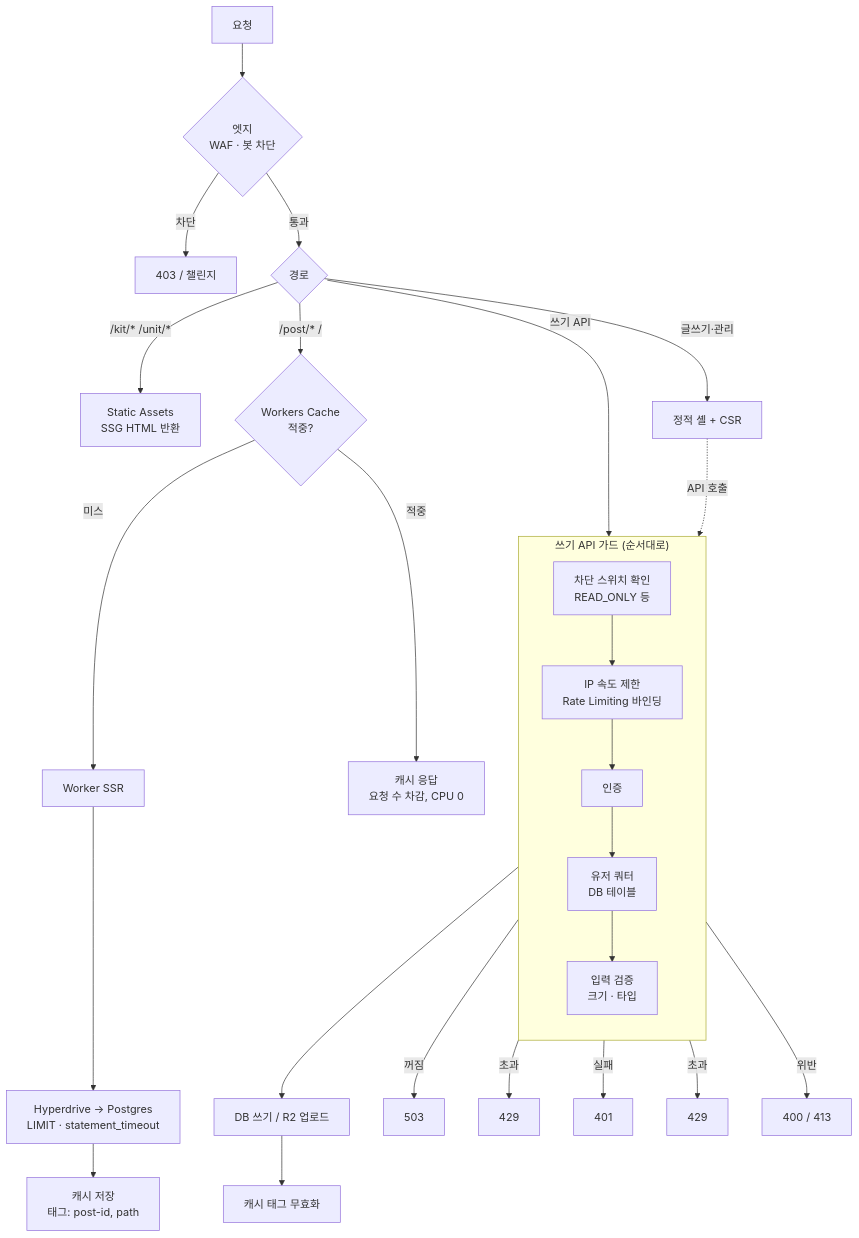
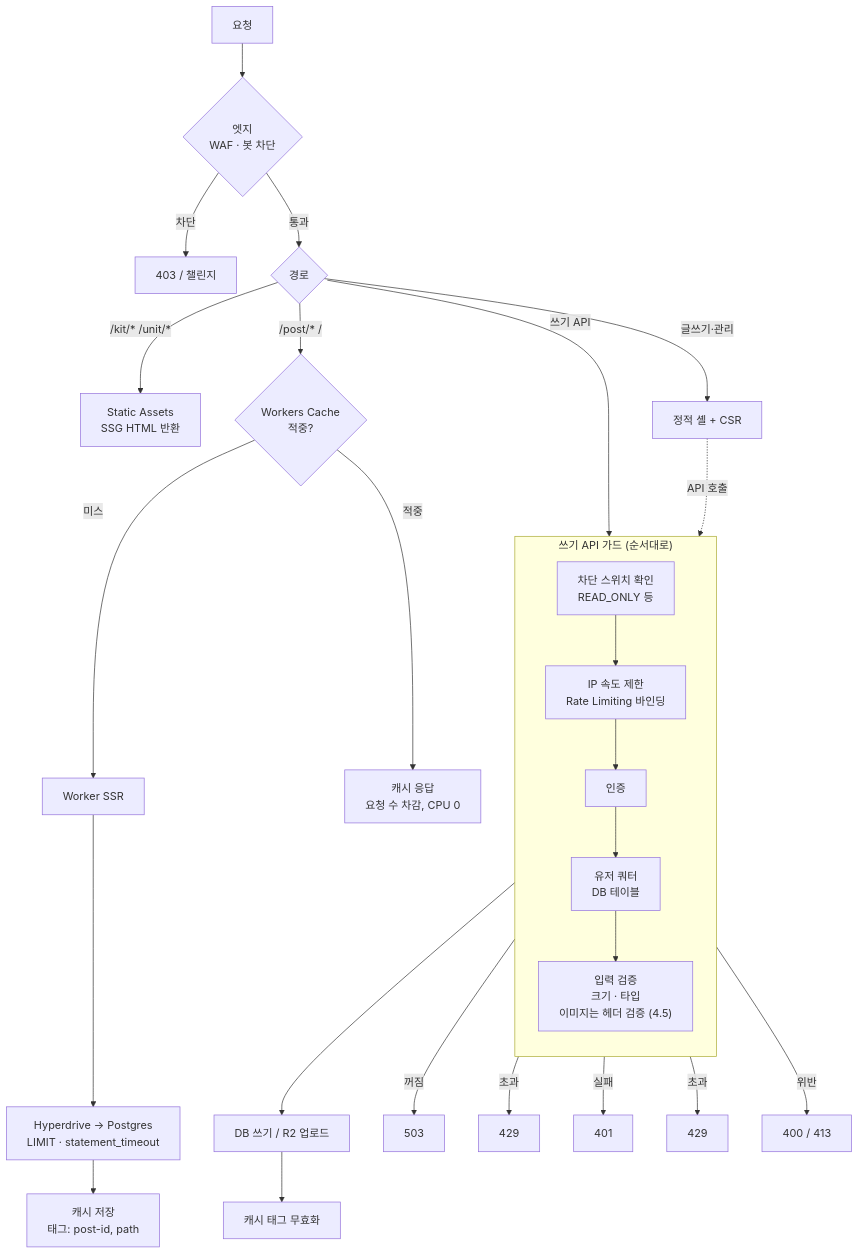
The second of 7 diagrams in docs/architecture/아키텍처_v1_2026-09-13.md (evanyun93/G-MOIM), drawn with Mermaid before and after one commit. The commit also changed other lines of this file and 4 other files, not shown here.

````diff
--- a/docs/architecture/아키텍처_v1_2026-09-13.md
+++ b/docs/architecture/아키텍처_v1_2026-09-13.md
@@ -94,34 +94,34 @@
 ```mermaid
 flowchart TD
     REQ["요청"] --> EDGE{"엣지<br/>WAF · 봇 차단"}
     EDGE -->|차단| X1["403 / 챌린지"]
     EDGE -->|통과| KIND{"경로"}
 
     KIND -->|"/kit/* /unit/*"| SA["Static Assets<br/>SSG HTML 반환"]
     KIND -->|"/post/* /"| CACHE{"Workers Cache<br/>적중?"}
     KIND -->|"쓰기 API"| GUARD
     KIND -->|"글쓰기·관리"| CSR["정적 셸 + CSR"]
 
     CACHE -->|적중| HIT["캐시 응답<br/>요청 수 차감, CPU 0"]
     CACHE -->|미스| SSR["Worker SSR"]
     SSR --> Q1["Hyperdrive → Postgres<br/>LIMIT · statement_timeout"]
     Q1 --> SET["캐시 저장<br/>태그: post-id, path"]
 
     CSR -.->|API 호출| GUARD
 
     subgraph GUARD["쓰기 API 가드 (순서대로)"]
         direction TB
         G1["차단 스위치 확인<br/>READ_ONLY 등"] --> G2["IP 속도 제한<br/>Rate Limiting 바인딩"]
         G2 --> G3["인증"] --> G4["유저 쿼터<br/>DB 테이블"]
-        G4 --> G5["입력 검증<br/>크기 · 타입"]
+        G4 --> G5["입력 검증<br/>크기 · 타입<br/>이미지는 헤더 검증 (4.5)"]
     end
 
     G5 --> WRITE["DB 쓰기 / R2 업로드"]
     WRITE --> PURGE["캐시 태그 무효화"]
 
     G1 -->|꺼짐| X2["503"]
     G2 -->|초과| X3["429"]
     G3 -->|실패| X4["401"]
     G4 -->|초과| X5["429"]
     G5 -->|위반| X6["400 / 413"]
 ```
````
